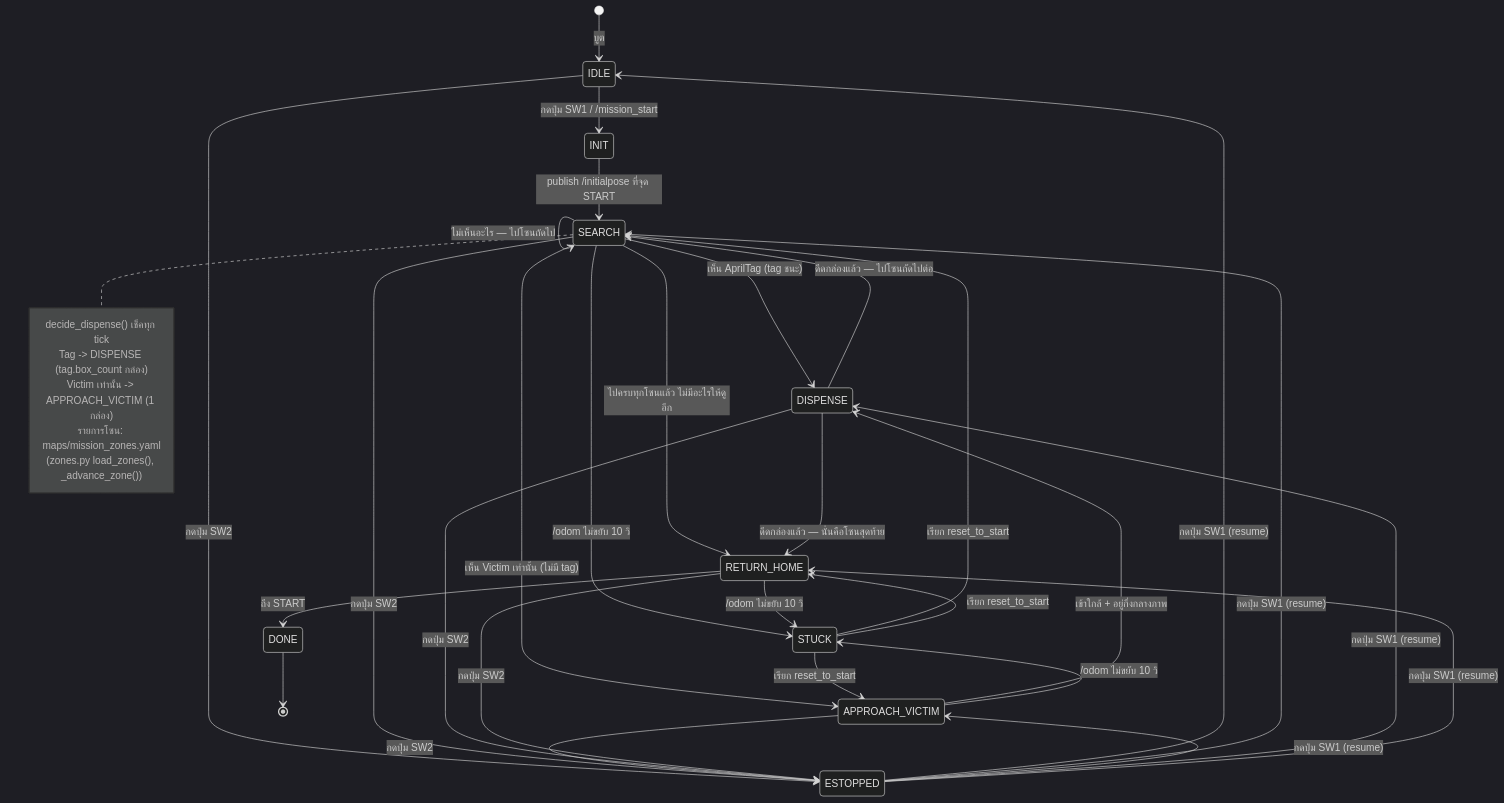
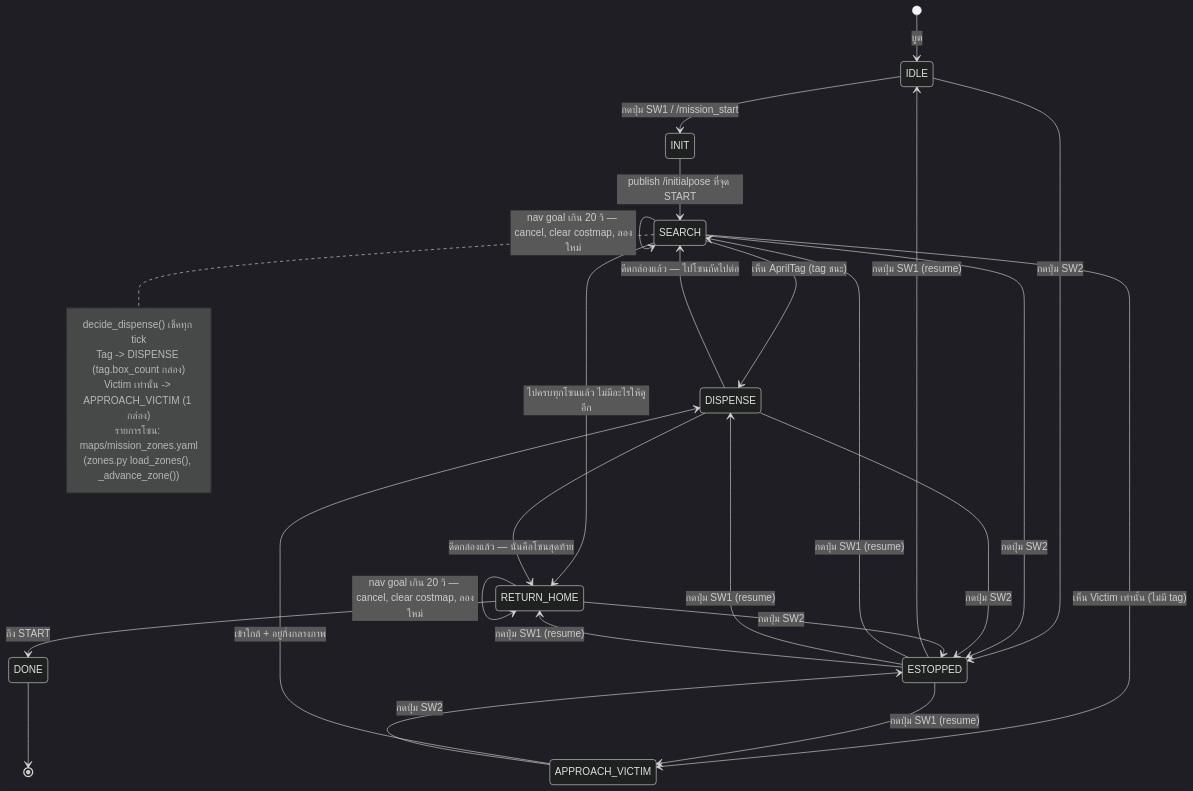
One commit to robotkub/turtlebot3 changed the diagram in docs/th/07-run-mission.md. Above: the diagram before and after it, drawn with Mermaid (dark theme). The commit also changed 7 other files, not shown here.

````diff
--- a/docs/th/07-run-mission.md
+++ b/docs/th/07-run-mission.md
@@ -20,48 +20,44 @@
 ```mermaid
 stateDiagram-v2
     [*] --> IDLE : บูต
 
     IDLE --> INIT : กดปุ่ม SW1 / /mission_start
 
     INIT --> SEARCH : publish /initialpose ที่จุด START
 
     SEARCH --> DISPENSE : เห็น AprilTag (tag ชนะ)
     SEARCH --> APPROACH_VICTIM : เห็น Victim เท่านั้น (ไม่มี tag)
     SEARCH --> SEARCH : ไม่เห็นอะไร — ไปโซนถัดไป
     SEARCH --> RETURN_HOME : ไปครบทุกโซนแล้ว ไม่มีอะไรให้ดูอีก
 
     APPROACH_VICTIM --> DISPENSE : เข้าใกล้ + อยู่กึ่งกลางภาพ
 
     DISPENSE --> SEARCH : ดีดกล่องแล้ว — ไปโซนถัดไปต่อ
     DISPENSE --> RETURN_HOME : ดีดกล่องแล้ว — นั่นคือโซนสุดท้าย
 
     RETURN_HOME --> DONE : ถึง START
 
     DONE --> [*]
 
     note right of SEARCH
         decide_dispense() เช็คทุก tick
         Tag -> DISPENSE (tag.box_count กล่อง)
         Victim เท่านั้น -> APPROACH_VICTIM (1 กล่อง)
         รายการโซน: maps/mission_zones.yaml
         (zones.py load_zones(), _advance_zone())
     end note
 
-    SEARCH --> STUCK : /odom ไม่ขยับ 10 วิ
-    APPROACH_VICTIM --> STUCK : /odom ไม่ขยับ 10 วิ
-    RETURN_HOME --> STUCK : /odom ไม่ขยับ 10 วิ
-    STUCK --> SEARCH : เรียก reset_to_start
-    STUCK --> APPROACH_VICTIM : เรียก reset_to_start
-    STUCK --> RETURN_HOME : เรียก reset_to_start
+    SEARCH --> SEARCH : nav goal เกิน 20 วิ — cancel, clear costmap, ลองใหม่
+    RETURN_HOME --> RETURN_HOME : nav goal เกิน 20 วิ — cancel, clear costmap, ลองใหม่
 
     IDLE --> ESTOPPED : กดปุ่ม SW2
     SEARCH --> ESTOPPED : กดปุ่ม SW2
     APPROACH_VICTIM --> ESTOPPED : กดปุ่ม SW2
     DISPENSE --> ESTOPPED : กดปุ่ม SW2
     RETURN_HOME --> ESTOPPED : กดปุ่ม SW2
     ESTOPPED --> IDLE : กดปุ่ม SW1 (resume)
     ESTOPPED --> SEARCH : กดปุ่ม SW1 (resume)
     ESTOPPED --> APPROACH_VICTIM : กดปุ่ม SW1 (resume)
     ESTOPPED --> DISPENSE : กดปุ่ม SW1 (resume)
     ESTOPPED --> RETURN_HOME : กดปุ่ม SW1 (resume)
 ```
````
